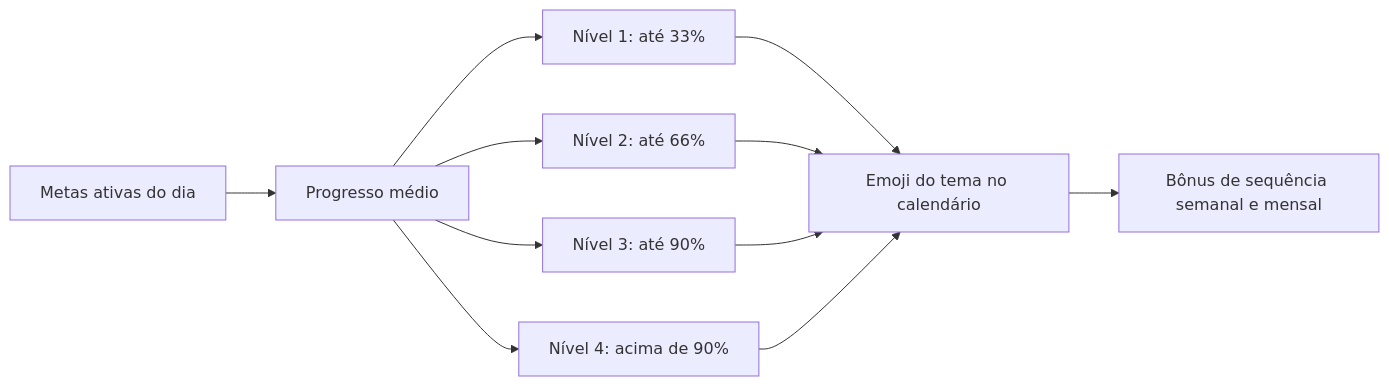
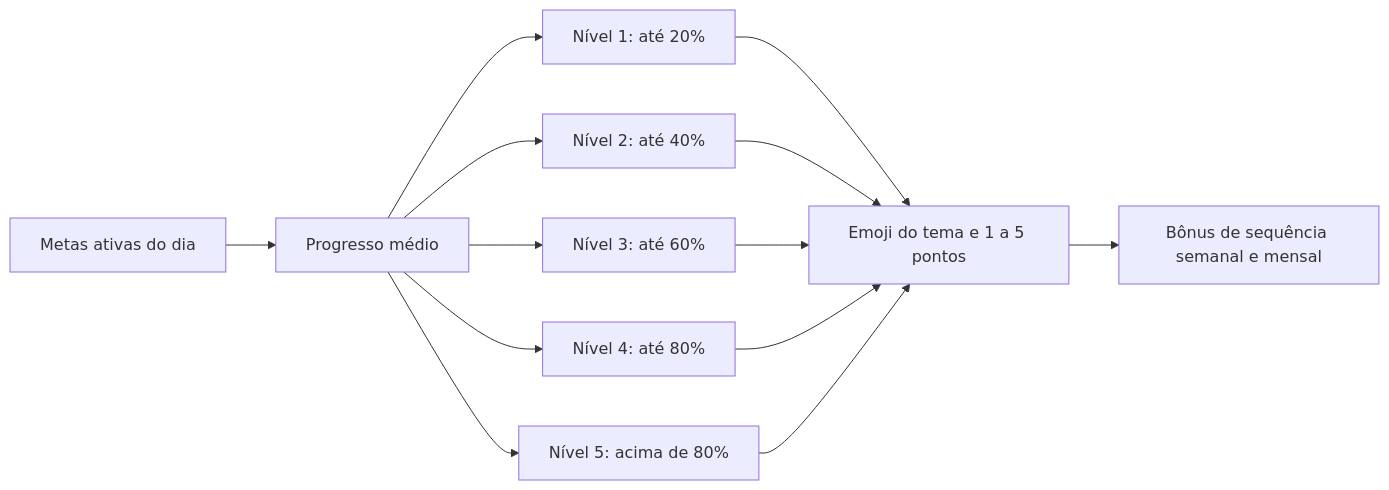
The second of 4 diagrams in .github/README.md (jonathaxs/gymnutshell-android), drawn with Mermaid before and after one commit. The commit also changed other lines of this file and 15 other files, not shown here.

````diff
--- a/.github/README.md
+++ b/.github/README.md
@@ -113,10 +136,11 @@
 ```mermaid
 flowchart LR
     Metas["Metas ativas do dia"] --> Media["Progresso médio"]
-    Media --> N1["Nível 1: até 33%"]
-    Media --> N2["Nível 2: até 66%"]
-    Media --> N3["Nível 3: até 90%"]
-    Media --> N4["Nível 4: acima de 90%"]
-    N1 & N2 & N3 & N4 --> Emoji["Emoji do tema no calendário"]
+    Media --> N1["Nível 1: até 20%"]
+    Media --> N2["Nível 2: até 40%"]
+    Media --> N3["Nível 3: até 60%"]
+    Media --> N4["Nível 4: até 80%"]
+    Media --> N5["Nível 5: acima de 80%"]
+    N1 & N2 & N3 & N4 & N5 --> Emoji["Emoji do tema e 1 a 5 pontos"]
     Emoji --> Bonus["Bônus de sequência semanal e mensal"]
 ```
````
